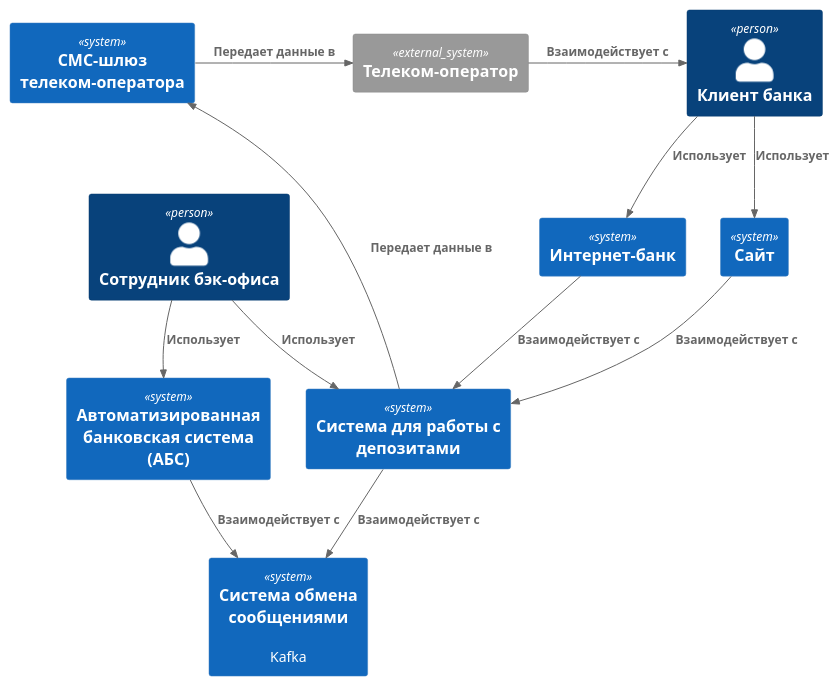
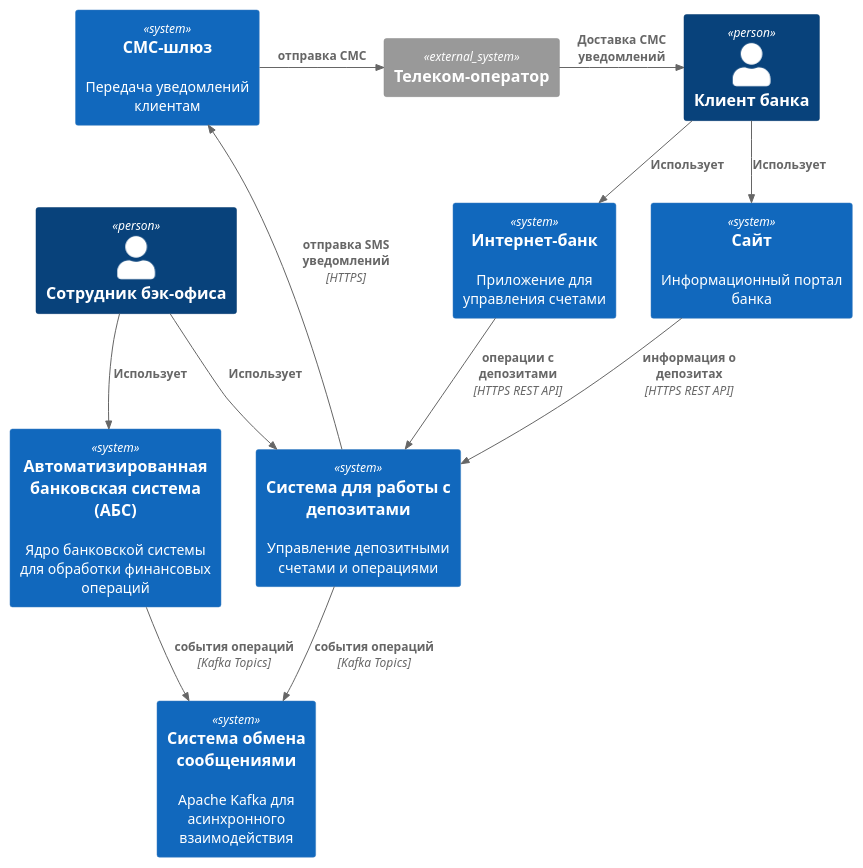
The diagram in Task3/Context.puml (vsevolod-nikitin/yandex-practicum-architecture-pro-standart), drawn with PlantUML before and after one commit. The commit also changed 3 other files, not shown here.

Commit message:
Обновление схем 3 задания.

```diff
--- a/Task3/Context.puml
+++ b/Task3/Context.puml
@@ -1,34 +1,34 @@
 @startuml Context
 !include https://raw.githubusercontent.com/plantuml-stdlib/C4-PlantUML/master/C4_Context.puml
 
 Person(client, "Клиент банка")
 Person(backEmployee, "Сотрудник бэк-офиса")
 
-System(website, "Сайт")
-System(internetBank, "Интернет-банк")
-System(depositSystem, "Система для работы с депозитами")
-System(abs, "Автоматизированная банковская система (АБС)")
-System(smsGateway, "СМС-шлюз телеком-оператора")
-System(messageBroker, "Система обмена сообщениями", "Kafka")
+System(website, "Сайт", "Информационный портал банка")
+System(internetBank, "Интернет-банк", "Приложение для управления счетами")
+System(depositSystem, "Система для работы с депозитами", "Управление депозитными счетами и операциями")
+System(abs, "Автоматизированная банковская система (АБС)", "Ядро банковской системы для обработки финансовых операций")
+System(smsGateway, "СМС-шлюз", "Передача уведомлений клиентам")
+System(messageBroker, "Система обмена сообщениями", "Apache Kafka для асинхронного взаимодействия")
 
 System_Ext(telecomOperator, "Телеком-оператор")
 
 Rel(client, internetBank, "Использует")
 Rel(client, website, "Использует")
 
 Rel(backEmployee, depositSystem, "Использует")
 Rel(backEmployee, abs, "Использует")
 
-Rel(internetBank, depositSystem, "Взаимодействует с")
-Rel(website, depositSystem, "Взаимодействует с")
+Rel(internetBank, depositSystem, "операции с депозитами", "HTTPS REST API")
+Rel(website, depositSystem, "информация о депозитах", "HTTPS REST API")
 
-Rel_L(depositSystem, smsGateway, "Передает данные в")
-Rel(depositSystem, messageBroker, "Взаимодействует с")
-Rel(abs, messageBroker, "Взаимодействует с")
+Rel_L(depositSystem, smsGateway, "отправка SMS уведомлений", "HTTPS")
+Rel(depositSystem, messageBroker, "события операций", "Kafka Topics")
+Rel(abs, messageBroker, "события операций", "Kafka Topics")
 
-Rel_R(smsGateway, telecomOperator, "Передает данные в")
-Rel_R(telecomOperator, client, "Взаимодействует с")
+Rel_R(smsGateway, telecomOperator, "отправка СМС")
+Rel_R(telecomOperator, client, "Доставка СМС уведомлений")
 
 LAYOUT_TOP_DOWN()
 
 @enduml
```
